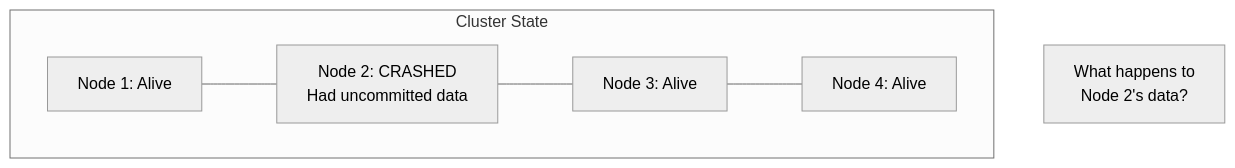
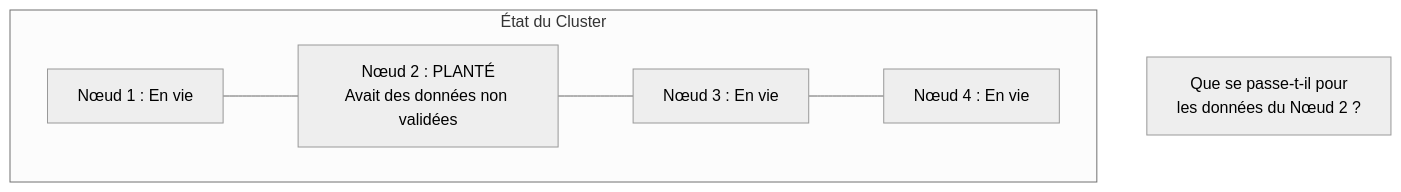
One commit to dardourimohamed/distributed-systems-course changed the fifth of 9 diagrams in src/consensus/11-what-is-consensus.md. Above: the diagram before and after it, drawn with Mermaid (neutral theme). The commit also changed other lines of this file and 38 other files, not shown here.

````diff
--- a/src/consensus/11-what-is-consensus.md
+++ b/src/consensus/11-what-is-consensus.md
@@ -166,15 +170,15 @@
 ```mermaid
 graph TB
-    subgraph "Cluster State"
-        N1[Node 1: Alive]
-        N2[Node 2: CRASHED<br/>Had uncommitted data]
-        N3[Node 3: Alive]
-        N4[Node 4: Alive]
+    subgraph "État du Cluster"
+        N1[Nœud 1 : En vie]
+        N2[Nœud 2 : PLANTÉ<br/>Avait des données non validées]
+        N3[Nœud 3 : En vie]
+        N4[Nœud 4 : En vie]
 
         N1 --- N2
         N2 --- N3
         N3 --- N4
     end
 
-    Q[What happens to<br/>Node 2's data?]
+    Q[Que se passe-t-il pour<br/>les données du Nœud 2 ?]
 ```
````
